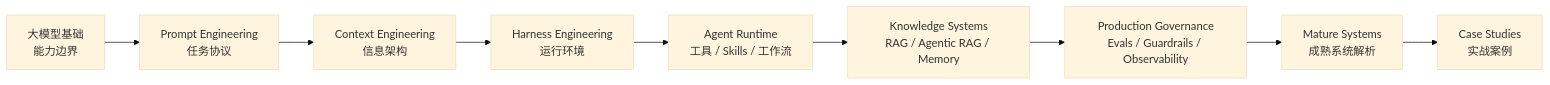
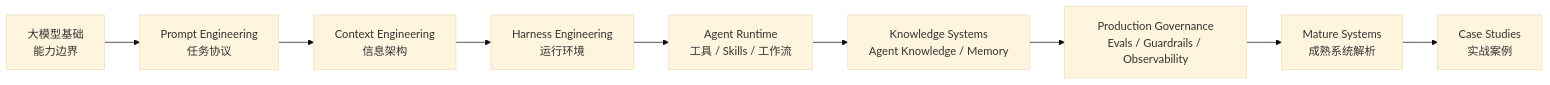
One commit to wxquare/wxquare.github.io changed the diagram in books/ai-book/src/README.md. Above: the diagram before and after it, drawn with Mermaid (base theme). The commit also changed other lines of this file and 65 other files, not shown here.

````diff
--- a/books/ai-book/src/README.md
+++ b/books/ai-book/src/README.md
@@ -11,11 +11,11 @@
 ```mermaid
 flowchart LR
     A["大模型基础<br/>能力边界"] --> B["Prompt Engineering<br/>任务协议"]
     B --> C["Context Engineering<br/>信息架构"]
     C --> D["Harness Engineering<br/>运行环境"]
     D --> E["Agent Runtime<br/>工具 / Skills / 工作流"]
-    E --> F["Knowledge Systems<br/>RAG / Agentic RAG / Memory"]
+    E --> F["Knowledge Systems<br/>Agent Knowledge / Memory"]
     F --> G["Production Governance<br/>Evals / Guardrails / Observability"]
     G --> H["Mature Systems<br/>成熟系统解析"]
     H --> I["Case Studies<br/>实战案例"]
 ```
````
